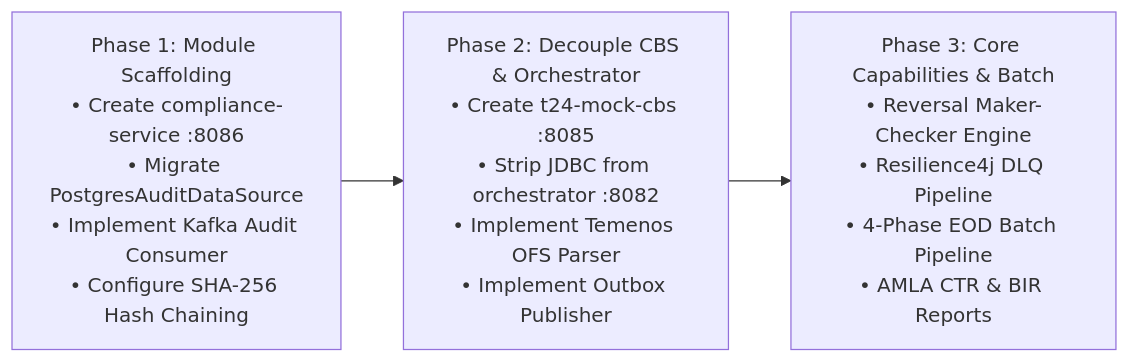
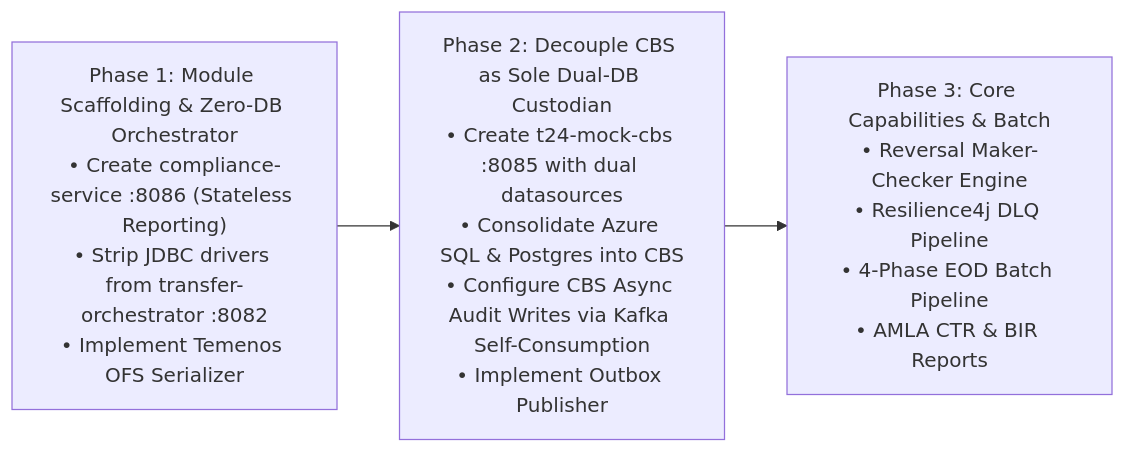
One commit to romzelmadidev/group3_fse_capstone changed diagram 27 of 27 in docs/architecture/TARGET_ARCHITECTURE_TRANSITION_DESIGN.md. Above: the diagram before and after it, drawn with Mermaid. The commit also changed other lines of this file and 1 other file, not shown here.

Commit message:
Updated t24 logic in design doc to match previous behavior in persisting records to Postgres

````diff
--- a/docs/architecture/TARGET_ARCHITECTURE_TRANSITION_DESIGN.md
+++ b/docs/architecture/TARGET_ARCHITECTURE_TRANSITION_DESIGN.md
@@ -2072,8 +2574,8 @@
 ```mermaid
 flowchart LR
-    M1["Phase 1: Module Scaffolding<br/>• Create compliance-service :8086<br/>• Migrate PostgresAuditDataSource<br/>• Implement Kafka Audit Consumer<br/>• Configure SHA-256 Hash Chaining"]
-    M2["Phase 2: Decouple CBS & Orchestrator<br/>• Create t24-mock-cbs :8085<br/>• Strip JDBC from orchestrator :8082<br/>• Implement Temenos OFS Parser<br/>• Implement Outbox Publisher"]
+    M1["Phase 1: Module Scaffolding & Zero-DB Orchestrator<br/>• Create compliance-service :8086 (Stateless Reporting)<br/>• Strip JDBC drivers from transfer-orchestrator :8082<br/>• Implement Temenos OFS Serializer"]
+    M2["Phase 2: Decouple CBS as Sole Dual-DB Custodian<br/>• Create t24-mock-cbs :8085 with dual datasources<br/>• Consolidate Azure SQL & Postgres into CBS<br/>• Configure CBS Async Audit Writes via Kafka Self-Consumption<br/>• Implement Outbox Publisher"]
     M3["Phase 3: Core Capabilities & Batch<br/>• Reversal Maker-Checker Engine<br/>• Resilience4j DLQ Pipeline<br/>• 4-Phase EOD Batch Pipeline<br/>• AMLA CTR & BIR Reports"]
 
     M1 --> M2 --> M3
 ```
````
